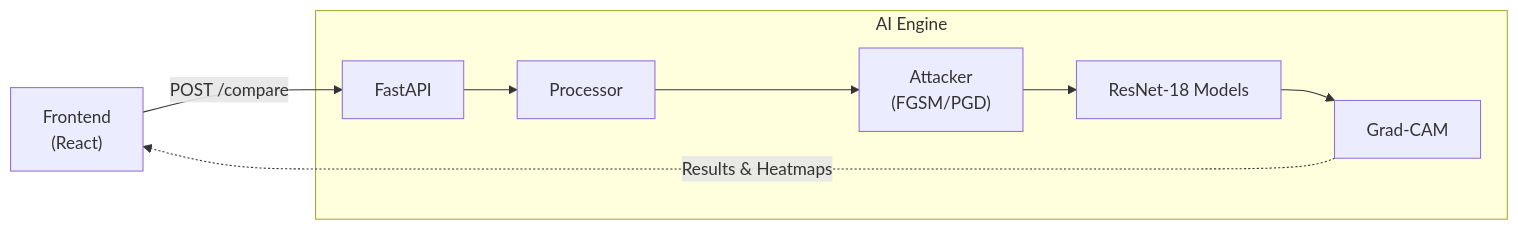
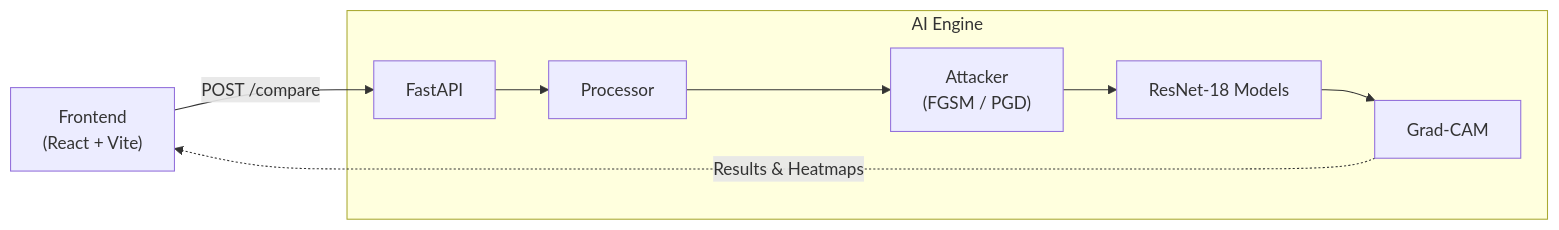
One commit to Sohanuu66/Adversarial-lens changed the first of 2 diagrams in README.md. Above: the diagram before and after it, drawn with Mermaid. The commit also changed other lines of this file, not shown here.

````diff
--- a/README.md
+++ b/README.md
@@ -21,13 +68,13 @@
 ```mermaid
 graph LR
-    UI["Frontend<br/>(React)"] -- "POST /compare" --> API["FastAPI"]
-    
+    UI["Frontend<br/>(React + Vite)"] -- "POST /compare" --> API["FastAPI"]
+
     subgraph Backend["AI Engine"]
         API --> Proc["Processor"]
-        Proc --> Adv["Attacker<br/>(FGSM/PGD)"]
+        Proc --> Adv["Attacker<br/>(FGSM / PGD)"]
         Adv --> Model["ResNet-18 Models"]
         Model --> Expl["Grad-CAM"]
     end
-    
+
     Expl -.->|Results & Heatmaps| UI
 ```
````
